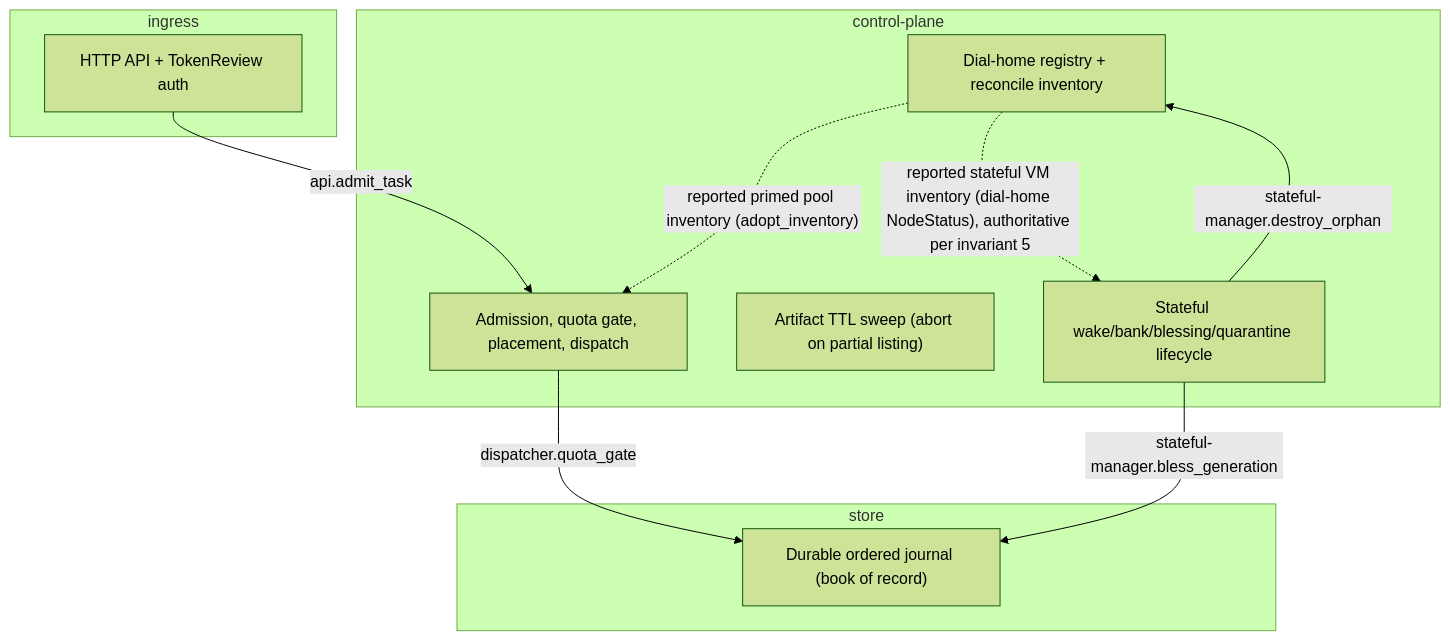
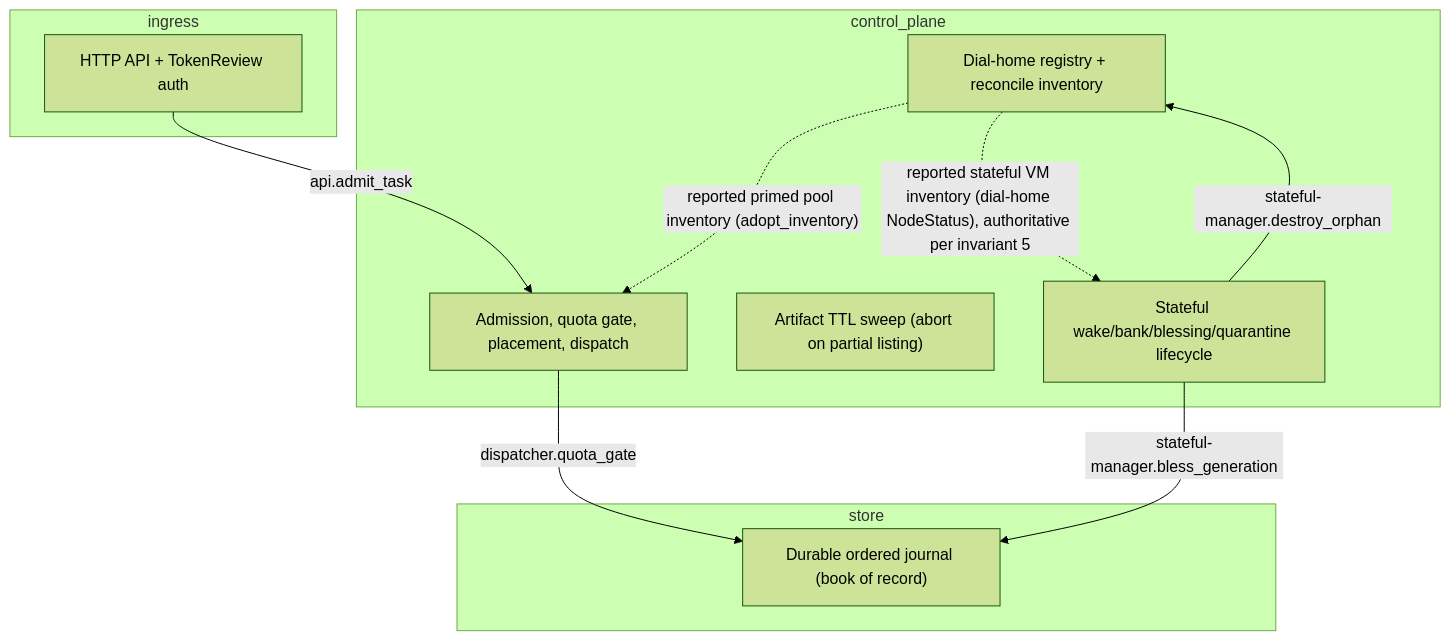
The first of 2 diagrams in projects/embervm/STPA.md (jomcgi-org/homelab), drawn with Mermaid (forest theme) before and after one commit. The commit also changed other lines of this file and 24 other files, not shown here.

````diff
--- a/projects/embervm/STPA.md
+++ b/projects/embervm/STPA.md
@@ -27,21 +19,21 @@
 ```mermaid
 flowchart TD
-  subgraph control_plane["control-plane"]
+  subgraph control_plane["control_plane"]
     dispatcher["Admission, quota gate, placement, dispatch"]
     node-registry["Dial-home registry + reconcile inventory"]
     s3-warmth-gc["Artifact TTL sweep (abort on partial listing)"]
     stateful-manager["Stateful wake/bank/blessing/quarantine lifecycle"]
   end
   subgraph ingress["ingress"]
     api["HTTP API + TokenReview auth"]
   end
   subgraph store["store"]
     op-log["Durable ordered journal (book of record)"]
   end
   api -- "api.admit_task" --> dispatcher
   dispatcher -- "dispatcher.quota_gate" --> op-log
   stateful-manager -- "stateful-manager.bless_generation" --> op-log
   stateful-manager -- "stateful-manager.destroy_orphan" --> node-registry
   node-registry -. "reported primed pool inventory (adopt_inventory)" .-> dispatcher
   node-registry -. "reported stateful VM inventory (dial-home NodeStatus), authoritative per invariant 5" .-> stateful-manager
 ```
````
